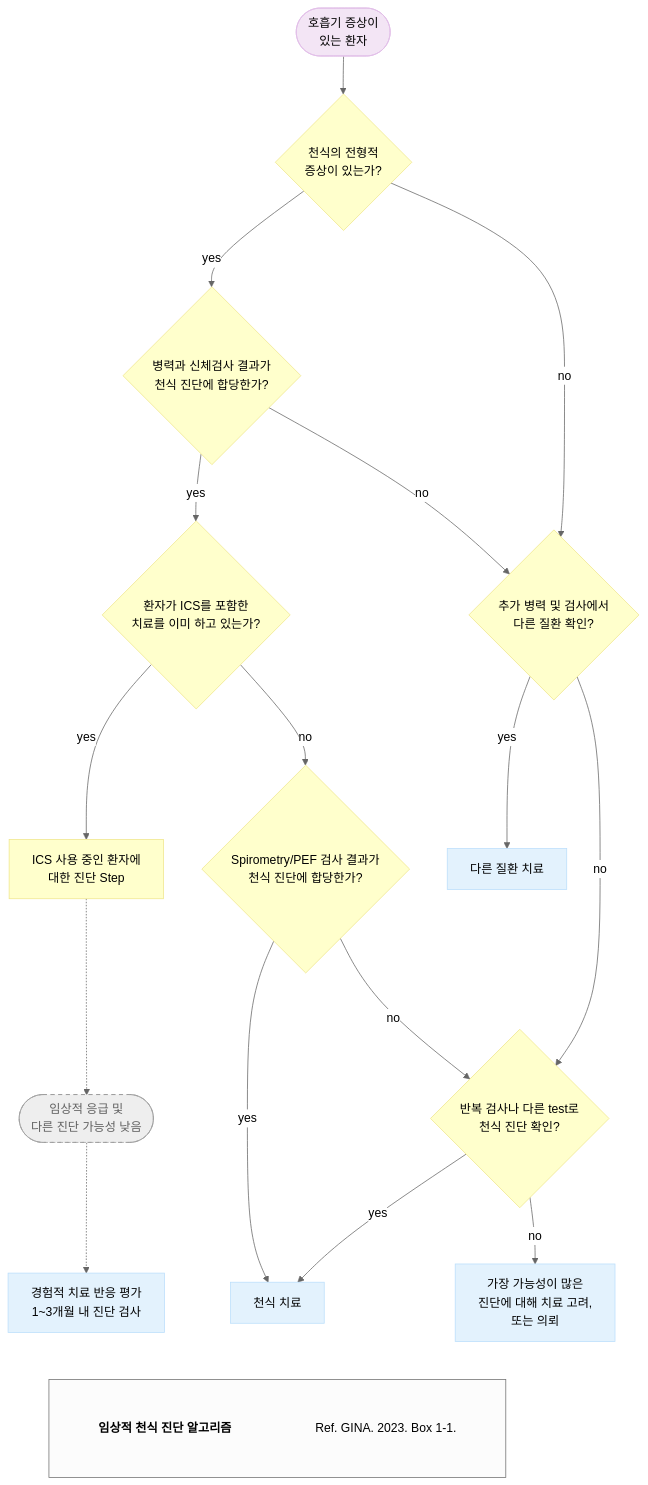
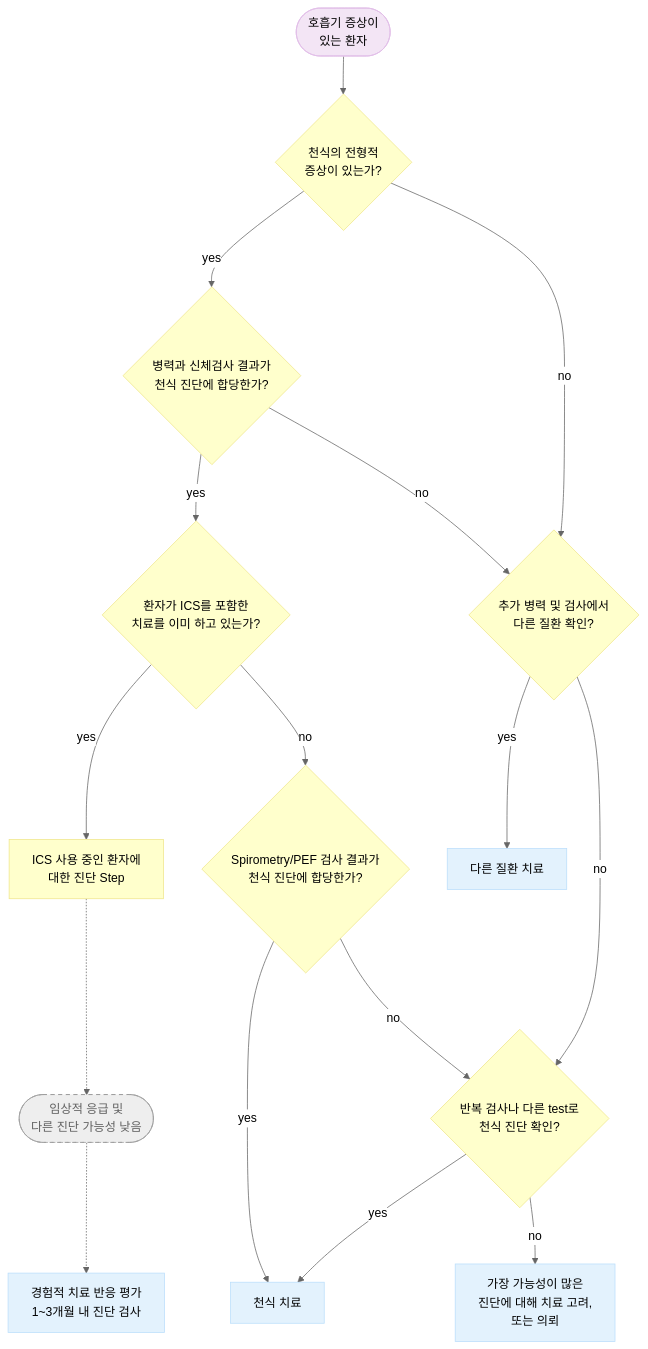
One commit to familyoh77/familyoh77 changed the first of 3 diagrams in 223_/071_-asthma.md. Above: the diagram before and after it, drawn with Mermaid (neutral theme). The commit also changed other lines of this file, not shown here.

````diff
--- a/223_/071_-asthma.md
+++ b/223_/071_-asthma.md
@@ -200,62 +195,44 @@
 ```mermaid
 graph TD
     %% 스타일 정의
     classDef yellow fill:#ffffcc,stroke:#f0e68c,stroke-width:1px
     classDef purple fill:#f3e5f5,stroke:#e1bee7,stroke-width:1px
     classDef blue fill:#e3f2fd,stroke:#bbdefb,stroke-width:1px
     classDef grey stroke:#9e9e9e,stroke-width:1px,stroke-dasharray: 5 5,color:#616161
     classDef plain fill:none,stroke:none
 
     %% 노드 설정
     Start([호흡기 증상이<br>있는 환자]):::purple
     
     Q1{천식의 전형적<br>증상이 있는가?}:::yellow
     Q2{병력과 신체검사 결과가<br>천식 진단에 합당한가?}:::yellow
     Q3{추가 병력 및 검사에서<br>다른 질환 확인?}:::yellow
     Q4{환자가 ICS를 포함한<br>치료를 이미 하고 있는가?}:::yellow
     Q5{Spirometry/PEF 검사 결과가<br>천식 진단에 합당한가?}:::yellow
     Q6{반복 검사나 다른 test로<br>천식 진단 확인?}:::yellow
     
     Step1[ICS 사용 중인 환자에<br>대한 진단 Step]:::yellow
     Note1([임상적 응급 및<br>다른 진단 가능성 낮음]):::grey
     
     Result1[경험적 치료 반응 평가<br>1~3개월 내 진단 검사]:::blue
     Result2[천식 치료]:::blue
     Result3[가장 가능성이 많은<br>진단에 대해 치료 고려,<br>또는 의뢰]:::blue
     Result4[다른 질환 치료]:::blue
 
     %% 로직 연결
     Start --> Q1
-    
     Q1 -- "yes" --> Q2
     Q1 -- "no" --> Q3
-    
     Q2 -- "yes" --> Q4
     Q2 -- "no" --> Q3
-    
     Q3 -- "yes" --> Result4
     Q3 -- "no" --> Q6
-    
     Q4 -- "yes" --> Step1
     Q4 -- "no" --> Q5
-    
     Q5 -- "yes" --> Result2
     Q5 -- "no" --> Q6
-    
     Q6 -- "yes" --> Result2
     Q6 -- "no" --> Result3
-
-    %% 점선 섹션
     Step1 -.-> Note1
     Note1 -.-> Result1
-
-    %% 하단 텍스트 (Title 및 Reference)
-    subgraph Footer [ ]
-        direction TB
-        T[<b>임상적 천식 진단 알고리즘</b>]:::plain
-        R[Ref. GINA. 2023. Box 1-1.]:::plain
-    end
-    
-    %% 푸터 위치 조정
-    Result2 ~~~ Footer
 ```
````
